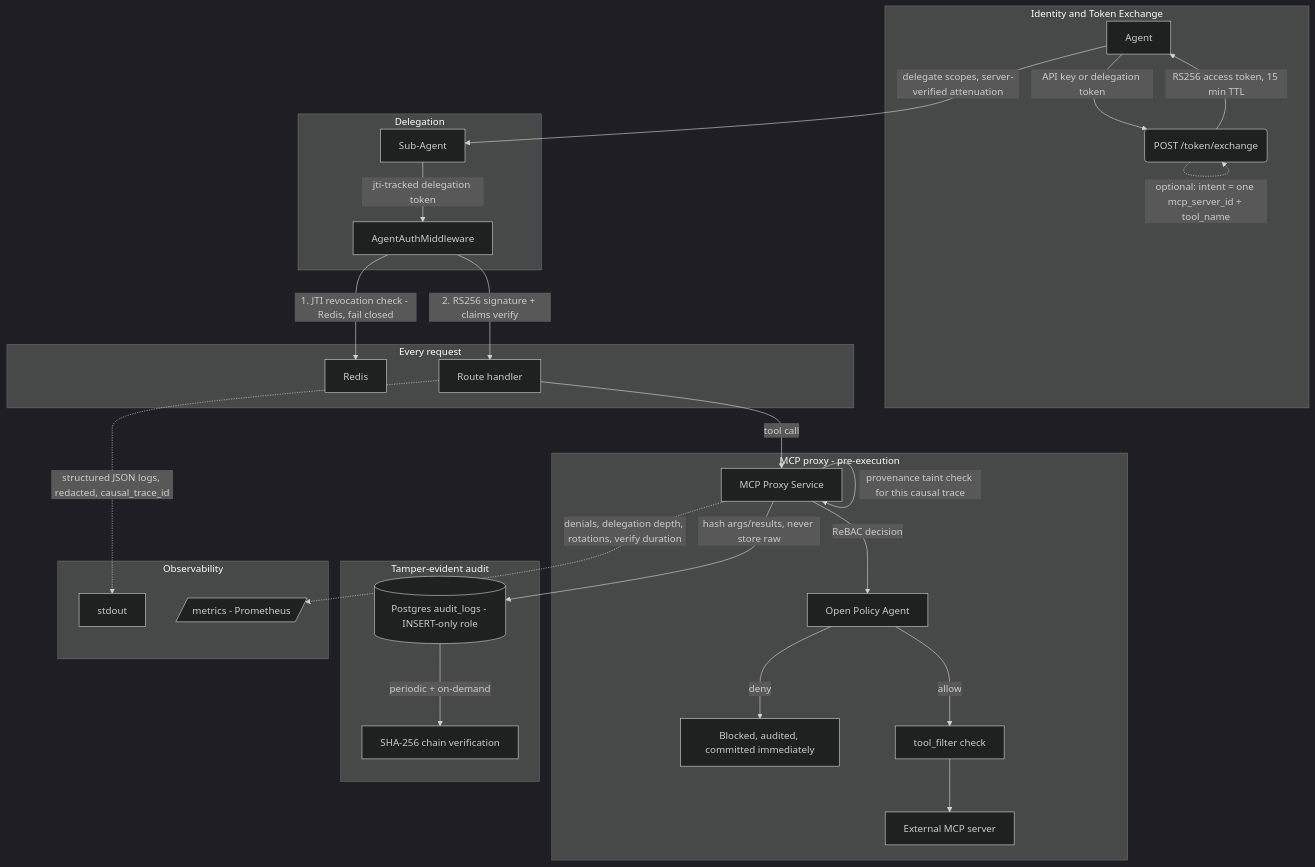
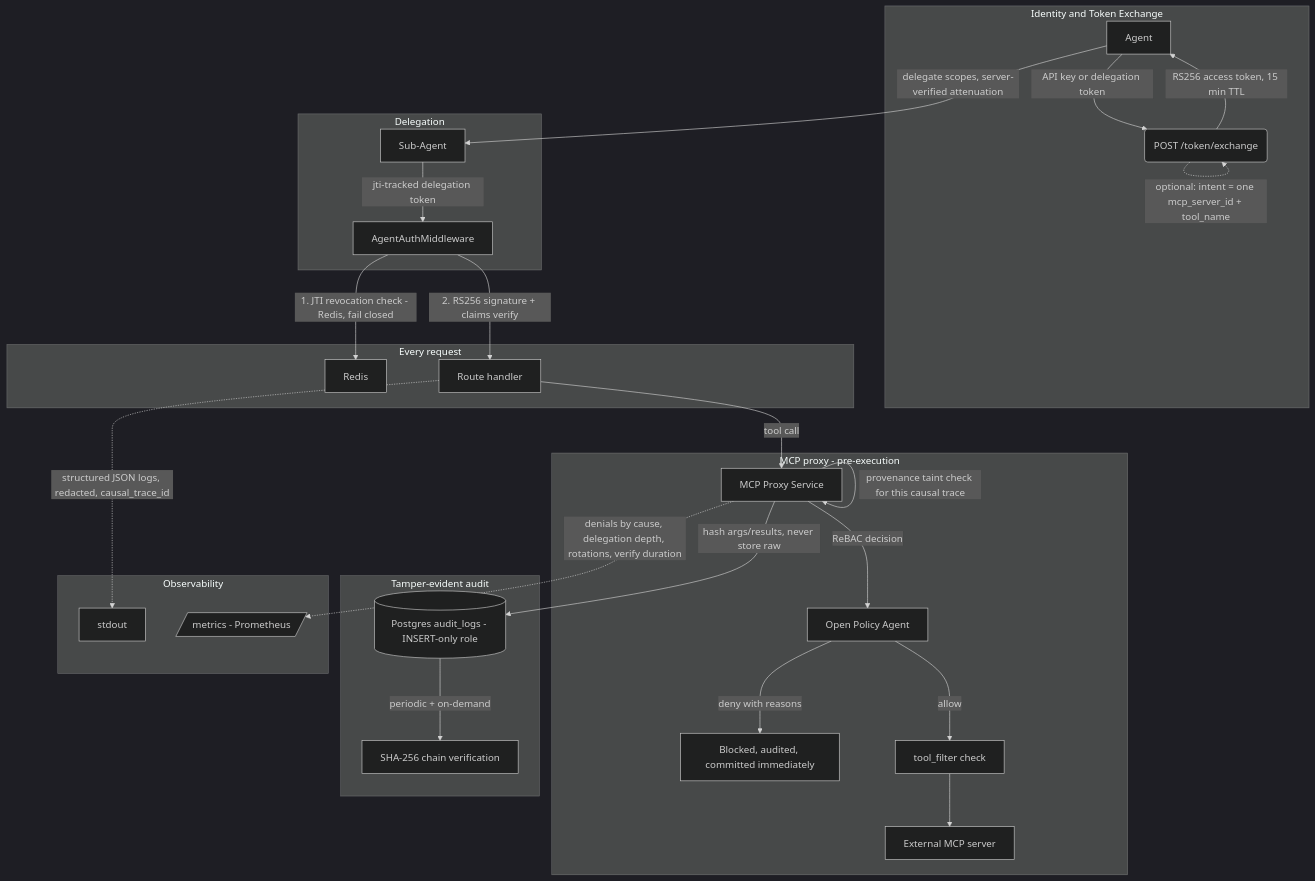
The diagram in README.md (Shashank101-aiml/ai-iam-platform), drawn with Mermaid (dark theme) before and after one commit. The commit also changed other lines of this file and 2 other files, not shown here.

````diff
--- a/README.md
+++ b/README.md
@@ -54,38 +67,38 @@
 ```mermaid
 graph TD
     subgraph Identity and Token Exchange
         A[Agent] -->|API key or delegation token| B(POST /token/exchange)
         B -->|RS256 access token, 15 min TTL| A
         B -.->|optional: intent = one mcp_server_id + tool_name| B
     end
 
     subgraph Delegation
         A -->|delegate scopes, server-verified attenuation| D[Sub-Agent]
         D -->|jti-tracked delegation token| E[AgentAuthMiddleware]
     end
 
     subgraph Every request
         E -->|1. JTI revocation check - Redis, fail closed| F[Redis]
         E -->|2. RS256 signature + claims verify| G[Route handler]
     end
 
     subgraph MCP proxy - pre-execution
         G -->|tool call| H[MCP Proxy Service]
         H -->|resolve server_url server-side, never caller-supplied| H
         H -->|resource indicator + task-scope check| H
         H -->|provenance taint check for this causal trace| H
         H -->|ReBAC decision| I[Open Policy Agent]
-        I -- deny --> J[Blocked, audited, committed immediately]
+        I -- deny with reasons --> J[Blocked, audited, committed immediately]
         I -- allow --> K[tool_filter check] --> L[External MCP server]
     end
 
     subgraph Tamper-evident audit
         H -->|hash args/results, never store raw| M[(Postgres audit_logs - INSERT-only role)]
         M -->|periodic + on-demand| N[SHA-256 chain verification]
     end
 
     subgraph Observability
         G -.->|structured JSON logs, redacted, causal_trace_id| O[stdout]
-        H -.->|denials, delegation depth, rotations, verify duration| P[/metrics - Prometheus/]
+        H -.->|denials by cause, delegation depth, rotations, verify duration| P[/metrics - Prometheus/]
     end
 ```
````
